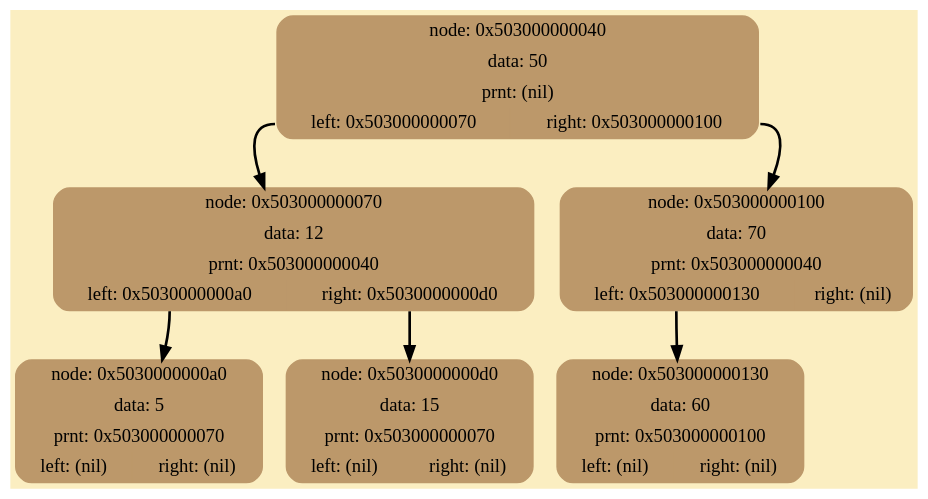
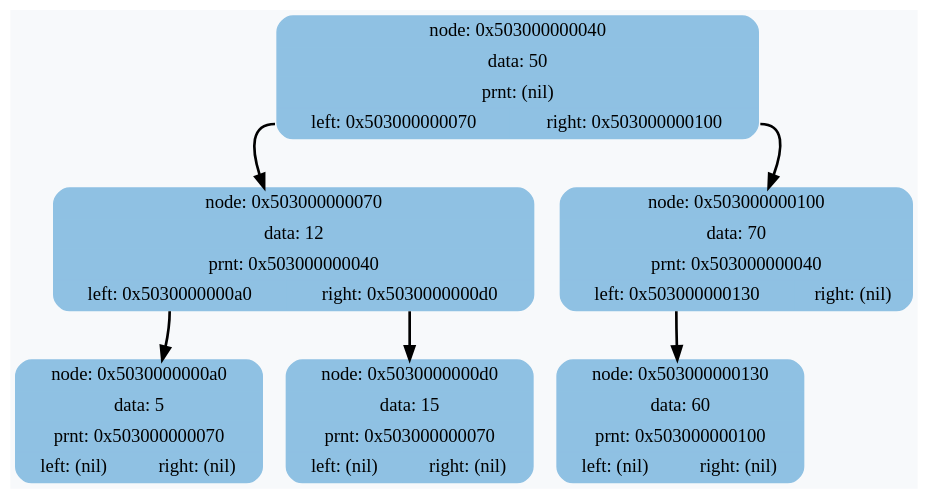
Before and after one commit to RTCupid/BINARY_TREE: the diagram in DumpTree.dot, drawn with Graphviz. The commit also changed 7 other files, not shown here.

```diff
--- a/DumpTree.dot
+++ b/DumpTree.dot
@@ -1,15 +1,15 @@
 digraph G {
 	rankdir = HR;
-	bgcolor="#FBEEC1"
-	 node0x503000000040 [shape=Mrecord; style=filled; color="#BC986A"; label =  "{node: 0x503000000040 | data:  50 | prnt: (nil) | {<left>left: 0x503000000070 | <right>right: 0x503000000100}  }" ];
+	bgcolor="#F7F9FB"
+	 node0x503000000040 [shape=Mrecord; style=filled; color="#8FC1E3"; label =  "{node: 0x503000000040 | data:  50 | prnt: (nil) | {<left>left: 0x503000000070 | <right>right: 0x503000000100}  }" ];
 	 node0x503000000040:<left> -> node0x503000000070 [style=bold; weight=1000; ];
 	 node0x503000000040:<right> -> node0x503000000100 [style=bold; weight=1000; ];
-	 node0x503000000070 [shape=Mrecord; style=filled; color="#BC986A"; label =  "{node: 0x503000000070 | data:  12 | prnt: 0x503000000040 | {<left>left: 0x5030000000a0 | <right>right: 0x5030000000d0}  }" ];
+	 node0x503000000070 [shape=Mrecord; style=filled; color="#8FC1E3"; label =  "{node: 0x503000000070 | data:  12 | prnt: 0x503000000040 | {<left>left: 0x5030000000a0 | <right>right: 0x5030000000d0}  }" ];
 	 node0x503000000070:<left> -> node0x5030000000a0 [style=bold; weight=1000; ];
 	 node0x503000000070:<right> -> node0x5030000000d0 [style=bold; weight=1000; ];
-	 node0x5030000000a0 [shape=Mrecord; style=filled; color="#BC986A"; label =  "{node: 0x5030000000a0 | data:   5 | prnt: 0x503000000070 | {<left>left: (nil) | <right>right: (nil)}  }" ];
-	 node0x5030000000d0 [shape=Mrecord; style=filled; color="#BC986A"; label =  "{node: 0x5030000000d0 | data:  15 | prnt: 0x503000000070 | {<left>left: (nil) | <right>right: (nil)}  }" ];
-	 node0x503000000100 [shape=Mrecord; style=filled; color="#BC986A"; label =  "{node: 0x503000000100 | data:  70 | prnt: 0x503000000040 | {<left>left: 0x503000000130 | <right>right: (nil)}  }" ];
+	 node0x5030000000a0 [shape=Mrecord; style=filled; color="#8FC1E3"; label =  "{node: 0x5030000000a0 | data:   5 | prnt: 0x503000000070 | {<left>left: (nil) | <right>right: (nil)}  }" ];
+	 node0x5030000000d0 [shape=Mrecord; style=filled; color="#8FC1E3"; label =  "{node: 0x5030000000d0 | data:  15 | prnt: 0x503000000070 | {<left>left: (nil) | <right>right: (nil)}  }" ];
+	 node0x503000000100 [shape=Mrecord; style=filled; color="#8FC1E3"; label =  "{node: 0x503000000100 | data:  70 | prnt: 0x503000000040 | {<left>left: 0x503000000130 | <right>right: (nil)}  }" ];
 	 node0x503000000100:<left> -> node0x503000000130 [style=bold; weight=1000; ];
-	 node0x503000000130 [shape=Mrecord; style=filled; color="#BC986A"; label =  "{node: 0x503000000130 | data:  60 | prnt: 0x503000000100 | {<left>left: (nil) | <right>right: (nil)}  }" ];
+	 node0x503000000130 [shape=Mrecord; style=filled; color="#8FC1E3"; label =  "{node: 0x503000000130 | data:  60 | prnt: 0x503000000100 | {<left>left: (nil) | <right>right: (nil)}  }" ];
 }
```
